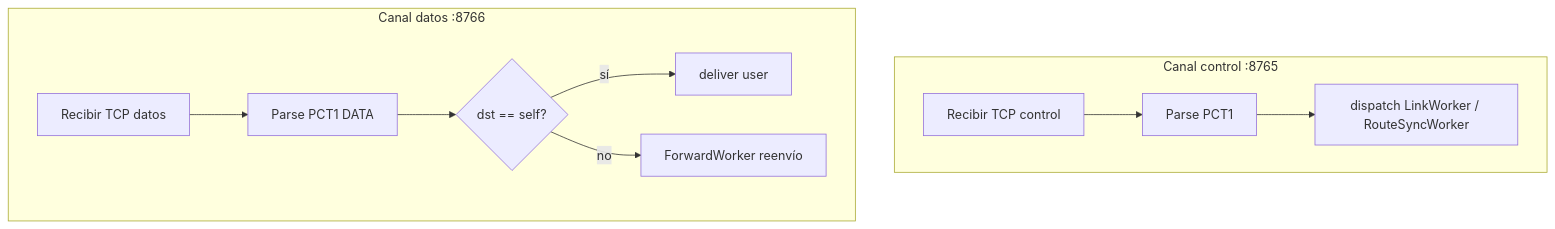
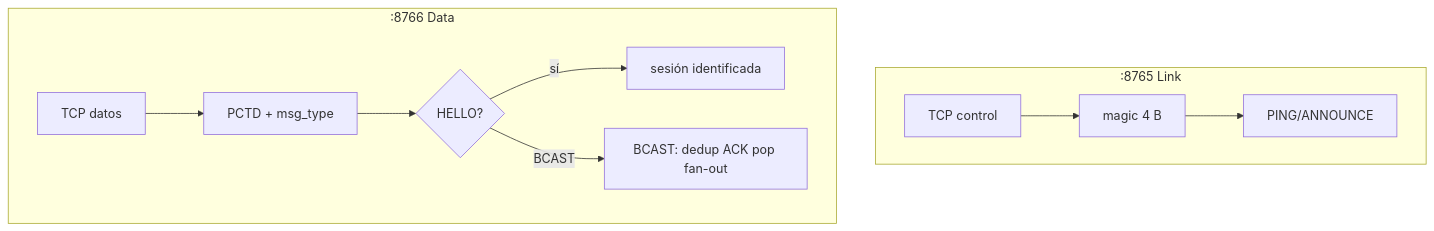
One commit to Juanca3789/protocolo_red_multisalto_802.11 changed the diagram in docs/protocol/16-packet-envelope.md. Above: the diagram before and after it, drawn with Mermaid. The commit also changed other lines of this file and 16 other files, not shown here.

First line of the commit message:
Alinear docs/protocol con Radio, Link y Data 2.3.0.

````diff
--- a/docs/protocol/16-packet-envelope.md
+++ b/docs/protocol/16-packet-envelope.md
@@ -98,20 +64,19 @@
 ```mermaid
 flowchart TD
-    subgraph ctrl [Canal control :8765]
-        RXc[Recibir TCP control]
-        PARSEc[Parse PCT1]
-        CTL[dispatch LinkWorker / RouteSyncWorker]
-        RXc --> PARSEc --> CTL
+    subgraph ctrl [":8765 Link"]
+        RXc[TCP control]
+        PARSEc[magic 4 B]
+        JOIN[PING/ANNOUNCE]
+        RXc --> PARSEc --> JOIN
     end
-
-    subgraph data [Canal datos :8766]
-        RXd[Recibir TCP datos]
-        PARSEd[Parse PCT1 DATA]
-        LOCAL{dst == self?}
-        APP[deliver user]
-        FWD[ForwardWorker reenvío]
-        RXd --> PARSEd --> LOCAL
-        LOCAL -->|sí| APP
-        LOCAL -->|no| FWD
+    subgraph data [":8766 Data"]
+        RXd[TCP datos]
+        PARSEd["PCTD + msg_type"]
+        HEL{HELLO?}
+        ID[sesión identificada]
+        BC[BCAST: dedup ACK pop fan-out]
+        RXd --> PARSEd --> HEL
+        HEL -->|sí| ID
+        HEL -->|BCAST| BC
     end
 ```
````
